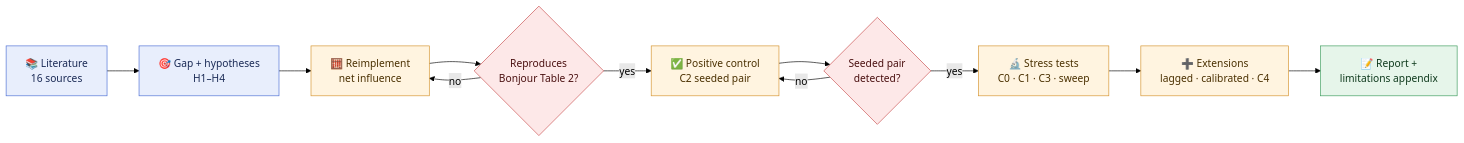
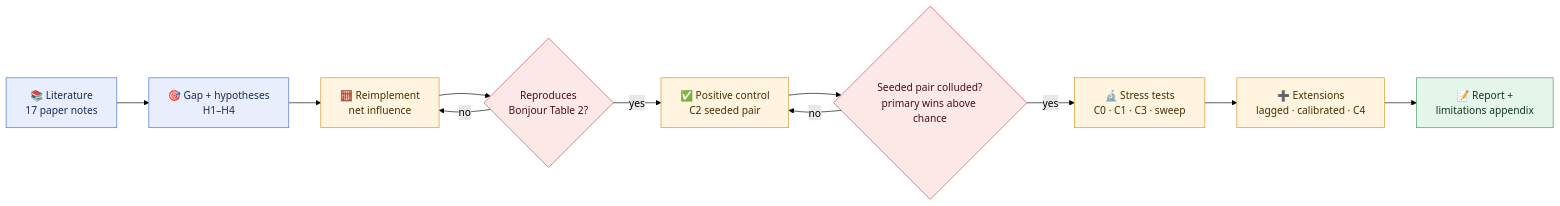
The first of 3 diagrams in README.md (blarencecoey/net-influence-llm), drawn with Mermaid (forest theme) before and after one commit. The commit also changed other lines of this file, not shown here.

````diff
--- a/README.md
+++ b/README.md
@@ -22,22 +22,22 @@
 ```mermaid
 flowchart LR
-    A["📚 Literature<br/>16 sources"] --> B["🎯 Gap + hypotheses<br/>H1–H4"]
+    A["📚 Literature<br/>17 paper notes"] --> B["🎯 Gap + hypotheses<br/>H1–H4"]
     B --> C["🧮 Reimplement<br/>net influence"]
     C --> D{"Reproduces<br/>Bonjour Table 2?"}
     D -- no --> C
     D -- yes --> E["✅ Positive control<br/>C2 seeded pair"]
-    E --> F{"Seeded pair<br/>detected?"}
+    E --> F{"Seeded pair colluded?<br/>primary wins above chance"}
     F -- no --> E
     F -- yes --> G["🔬 Stress tests<br/>C0 · C1 · C3 · sweep"]
     G --> H["➕ Extensions<br/>lagged · calibrated · C4"]
     H --> I["📝 Report +<br/>limitations appendix"]
 
     classDef lit fill:#e8eefc,stroke:#4a6cd4,color:#1a2a55
     classDef build fill:#fff4e0,stroke:#d4912a,color:#4a3000
     classDef gate fill:#fde8e8,stroke:#c94a4a,color:#4a1010
     classDef out fill:#e6f5ea,stroke:#3a9a5a,color:#0f3a1d
     class A,B lit
     class C,E,G,H build
     class D,F gate
     class I out
 ```
````
